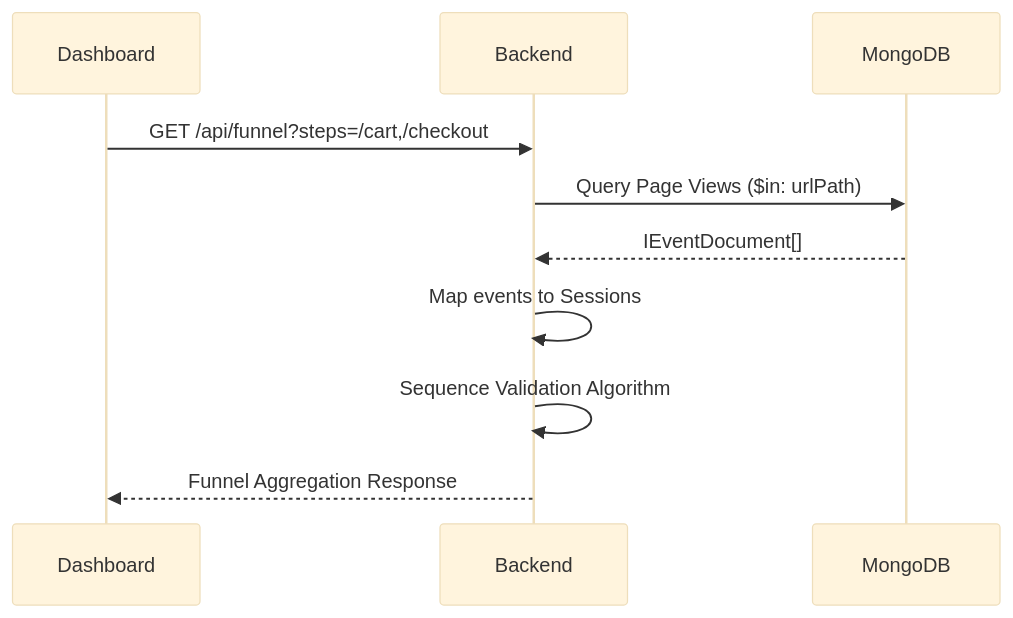
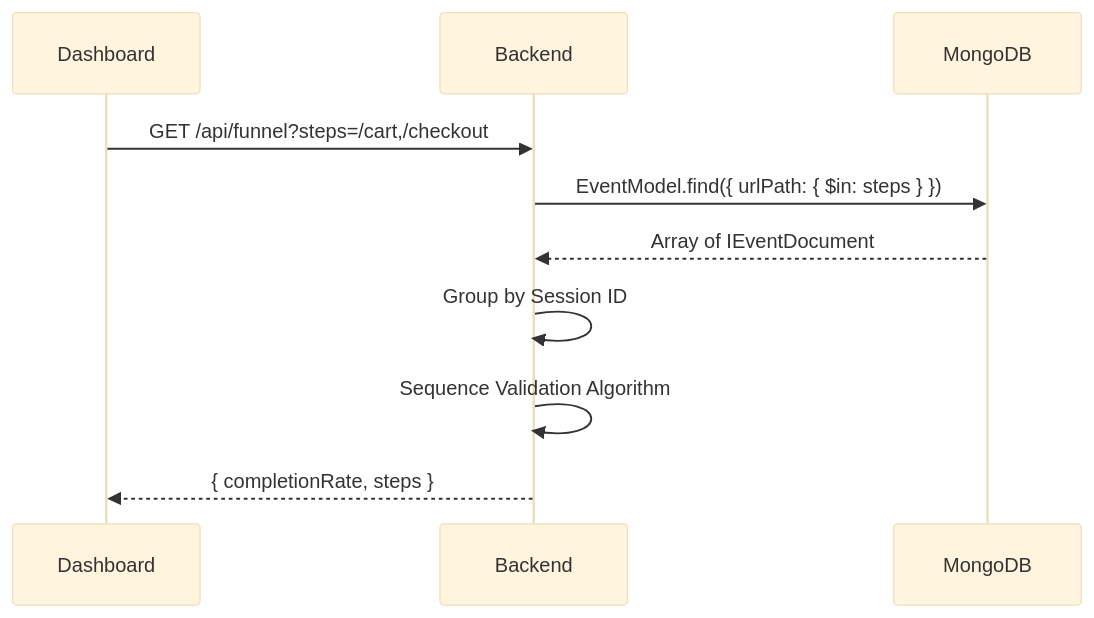
One commit to urvagandhi/User-Analytics-Application changed the sixth of 9 diagrams in README.md. Above: the diagram before and after it, drawn with Mermaid (base theme). The commit also changed other lines of this file and 2 other files, not shown here.

Commit message:
chore: update README documentation and refactor shared event types for consistency

````diff
--- a/README.md
+++ b/README.md
@@ -134,13 +142,13 @@
 ```mermaid
 sequenceDiagram
     participant Dashboard
     participant Backend
     participant MongoDB
     
     Dashboard->>Backend: GET /api/funnel?steps=/cart,/checkout
-    Backend->>MongoDB: Query Page Views ($in: urlPath)
-    MongoDB-->>Backend: IEventDocument[]
-    Backend->>Backend: Map events to Sessions
+    Backend->>MongoDB: EventModel.find({ urlPath: { $in: steps } })
+    MongoDB-->>Backend: Array of IEventDocument
+    Backend->>Backend: Group by Session ID
     Backend->>Backend: Sequence Validation Algorithm
-    Backend-->>Dashboard: Funnel Aggregation Response
+    Backend-->>Dashboard: { completionRate, steps }
 ```
````
